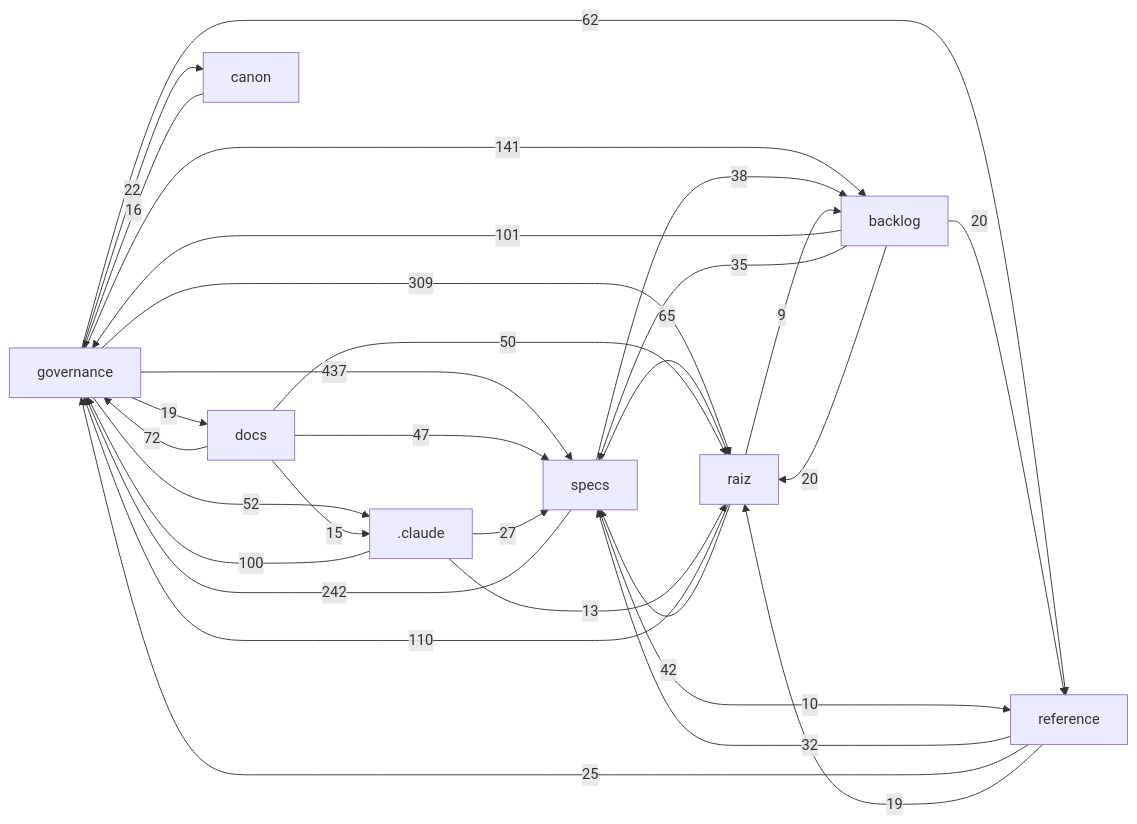
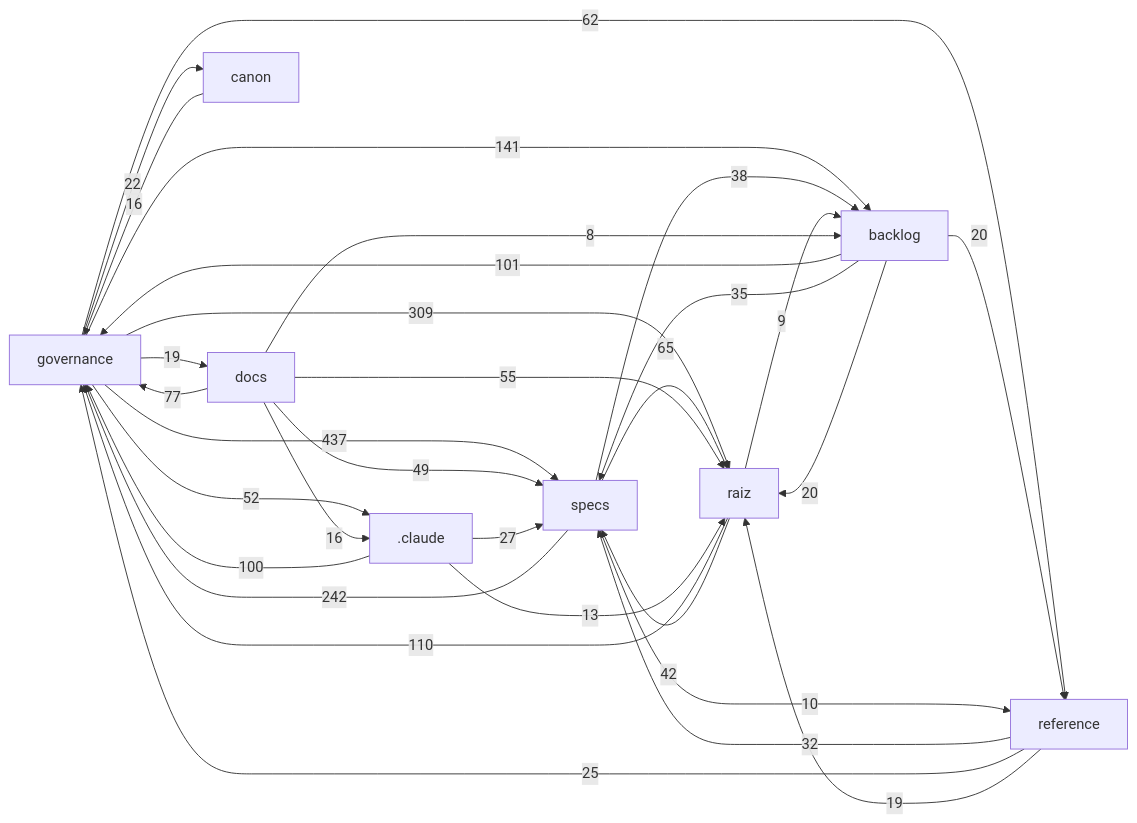
One commit to Andraus35/Sistema-Operacional-de-Trading--SOT changed the diagram in docs/mapa/MAPA-PROJETO.md. Above: the diagram before and after it, drawn with Mermaid. The commit also changed other lines of this file and 3 other files, not shown here.

````diff
--- a/docs/mapa/MAPA-PROJETO.md
+++ b/docs/mapa/MAPA-PROJETO.md
@@ -29,32 +29,33 @@
 ```mermaid
 flowchart LR
   governance["governance"] -->|437| specs["specs"]
   governance["governance"] -->|309| raiz["raiz"]
   specs["specs"] -->|242| governance["governance"]
   governance["governance"] -->|141| backlog["backlog"]
   raiz["raiz"] -->|110| governance["governance"]
   backlog["backlog"] -->|101| governance["governance"]
   _claude[".claude"] -->|100| governance["governance"]
-  docs["docs"] -->|72| governance["governance"]
+  docs["docs"] -->|77| governance["governance"]
   specs["specs"] -->|65| raiz["raiz"]
   governance["governance"] -->|62| reference["reference"]
+  docs["docs"] -->|55| raiz["raiz"]
   governance["governance"] -->|52| _claude[".claude"]
-  docs["docs"] -->|50| raiz["raiz"]
-  docs["docs"] -->|47| specs["specs"]
+  docs["docs"] -->|49| specs["specs"]
   raiz["raiz"] -->|42| specs["specs"]
   specs["specs"] -->|38| backlog["backlog"]
   backlog["backlog"] -->|35| specs["specs"]
   reference["reference"] -->|32| specs["specs"]
   _claude[".claude"] -->|27| specs["specs"]
   reference["reference"] -->|25| governance["governance"]
   governance["governance"] -->|22| canon["canon"]
   backlog["backlog"] -->|20| raiz["raiz"]
   backlog["backlog"] -->|20| reference["reference"]
   governance["governance"] -->|19| docs["docs"]
   reference["reference"] -->|19| raiz["raiz"]
   canon["canon"] -->|16| governance["governance"]
-  docs["docs"] -->|15| _claude[".claude"]
+  docs["docs"] -->|16| _claude[".claude"]
   _claude[".claude"] -->|13| raiz["raiz"]
   specs["specs"] -->|10| reference["reference"]
   raiz["raiz"] -->|9| backlog["backlog"]
+  docs["docs"] -->|8| backlog["backlog"]
 ```
````
